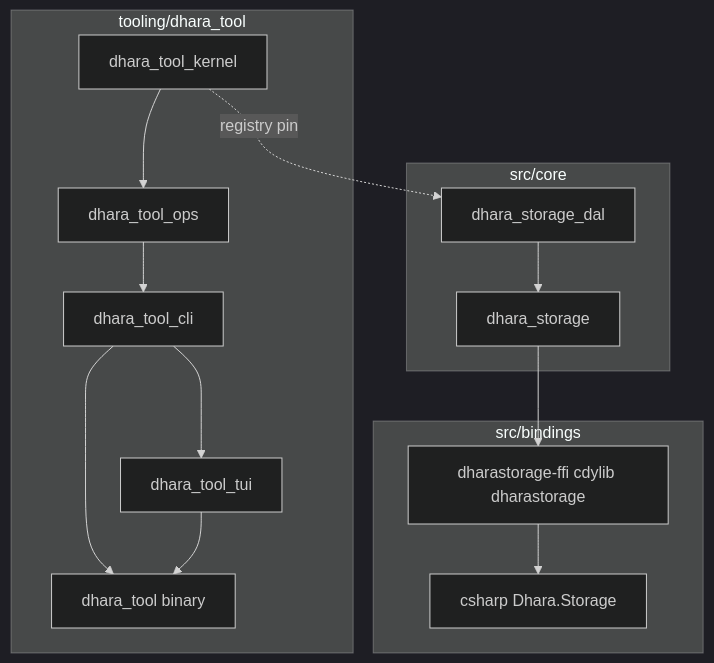
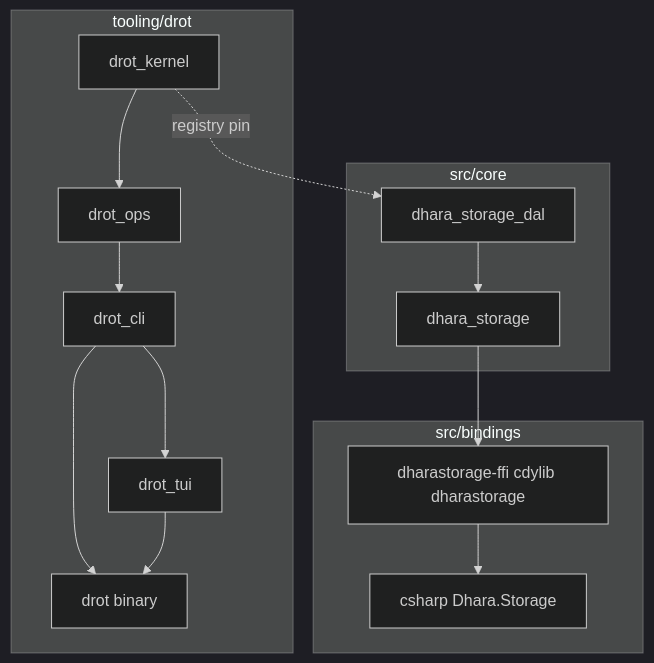
The first of 2 diagrams in docs/architecture.md (D-Naveenz/dhara_storage), drawn with Mermaid (dark theme) before and after one commit. The commit also changed other lines of this file and 124 other files, not shown here.

First line of the commit message:
🔥 Remove dhara_tool and migrate to drot submodule orchestration

````diff
--- a/docs/architecture.md
+++ b/docs/architecture.md
@@ -7,30 +7,30 @@
 ```mermaid
 flowchart TB
   subgraph core [src/core]
     dal[dhara_storage_dal]
     runtime[dhara_storage]
   end
 
   subgraph bindings [src/bindings]
     ffi[dharastorage-ffi cdylib dharastorage]
     csharp[csharp Dhara.Storage]
   end
 
-  subgraph tool [tooling/dhara_tool]
-    kernel[dhara_tool_kernel]
-    ops[dhara_tool_ops]
-    cli[dhara_tool_cli]
-    tui[dhara_tool_tui]
-    bin[dhara_tool binary]
+  subgraph tool [tooling/drot]
+    kernel[drot_kernel]
+    ops[drot_ops]
+    cli[drot_cli]
+    tui[drot_tui]
+    bin[drot binary]
   end
 
   dal --> runtime
   runtime --> ffi
   ffi --> csharp
   kernel --> ops
   ops --> cli
   cli --> tui
   cli --> bin
   tui --> bin
   kernel -.->|registry pin| dal
 ```
````
